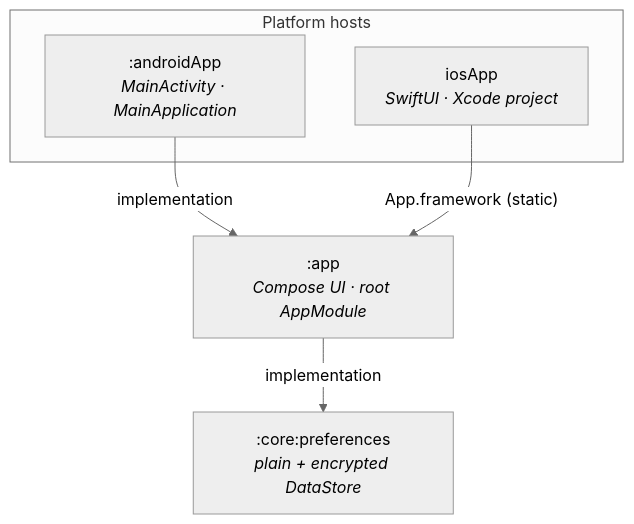
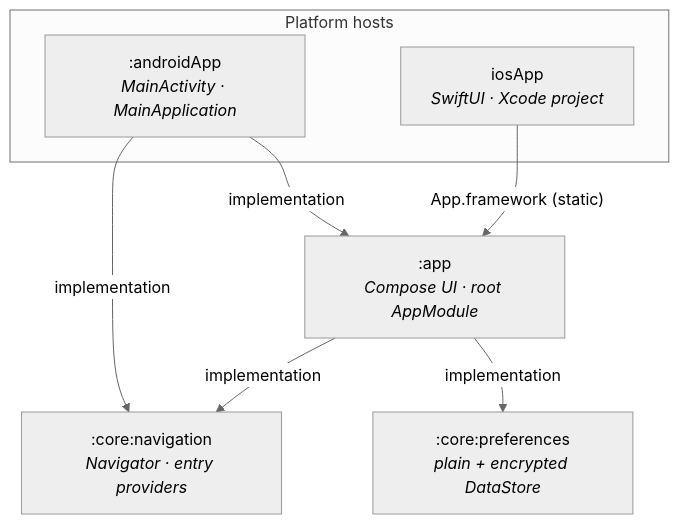
Before and after one commit to weslley-poatek/chat: the diagram in README.md, drawn with Mermaid (neutral theme). The commit also changed other lines of this file and 27 other files, not shown here.

Commit message:
✨ feat: Add core:navigation module and wire it into the app.

````diff
--- a/README.md
+++ b/README.md
@@ -82,14 +82,17 @@
 ```mermaid
 flowchart TD
     subgraph hosts ["Platform hosts"]
         androidApp[":androidApp<br/><i>MainActivity · MainApplication</i>"]
         iosApp["iosApp<br/><i>SwiftUI · Xcode project</i>"]
     end
 
     app[":app<br/><i>Compose UI · root AppModule</i>"]
+    nav[":core:navigation<br/><i>Navigator · entry providers</i>"]
     prefs[":core:preferences<br/><i>plain + encrypted DataStore</i>"]
 
     androidApp -- "implementation" --> app
+    androidApp -- "implementation" --> nav
     iosApp -- "App.framework (static)" --> app
+    app -- "implementation" --> nav
     app -- "implementation" --> prefs
 ```
````
